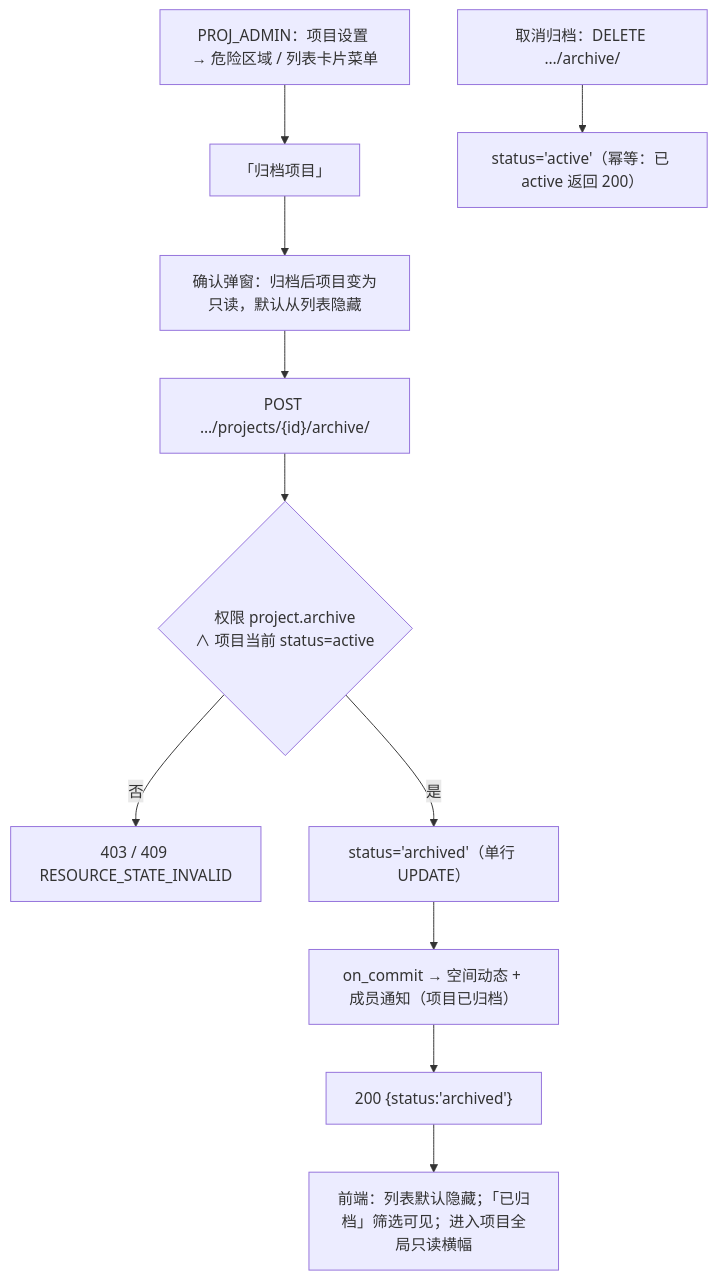
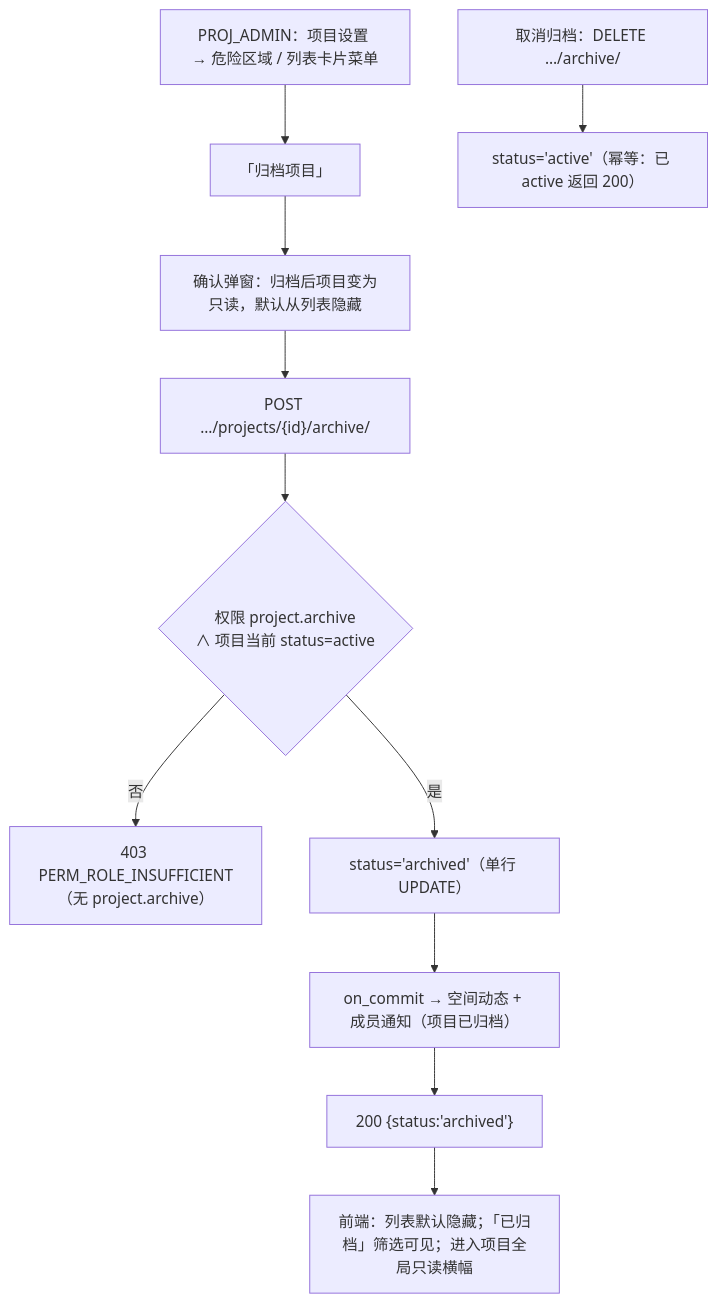
One commit to RabbitAI-Lab/RabbitProjects changed the sixth of 7 diagrams in docs/sprint-1-mvp/PROJ-002-member-search.md. Above: the diagram before and after it, drawn with Mermaid. The commit also changed other lines of this file and 11 other files, not shown here.

````diff
--- a/docs/sprint-1-mvp/PROJ-002-member-search.md
+++ b/docs/sprint-1-mvp/PROJ-002-member-search.md
@@ -237,13 +237,13 @@
 ```mermaid
 flowchart TD
     A["PROJ_ADMIN：项目设置 → 危险区域 / 列表卡片菜单"] --> B["「归档项目」"]
     B --> C["确认弹窗：归档后项目变为只读，默认从列表隐藏"]
     C --> D["POST …/projects/{id}/archive/"]
     D --> E{"权限 project.archive<br/>∧ 项目当前 status=active"}
-    E -->|否| E1["403 / 409 RESOURCE_STATE_INVALID"]
+    E -->|否| E1["403 PERM_ROLE_INSUFFICIENT（无 project.archive）"]
     E -->|是| F["status='archived'（单行 UPDATE）"]
     F --> G["on_commit → 空间动态 + 成员通知（项目已归档）"]
     G --> H["200 {status:'archived'}"]
     H --> I["前端：列表默认隐藏；「已归档」筛选可见；进入项目全局只读横幅"]
     J["取消归档：DELETE …/archive/"] --> K["status='active'（幂等：已 active 返回 200）"]
 ```
````
